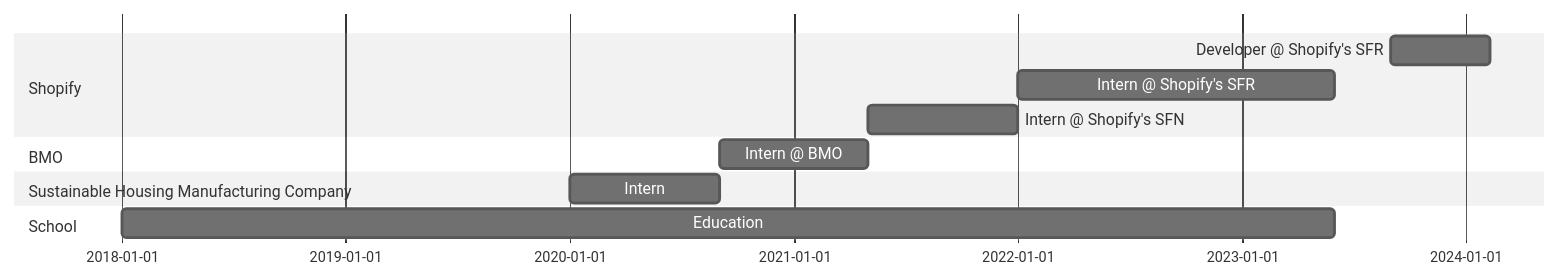
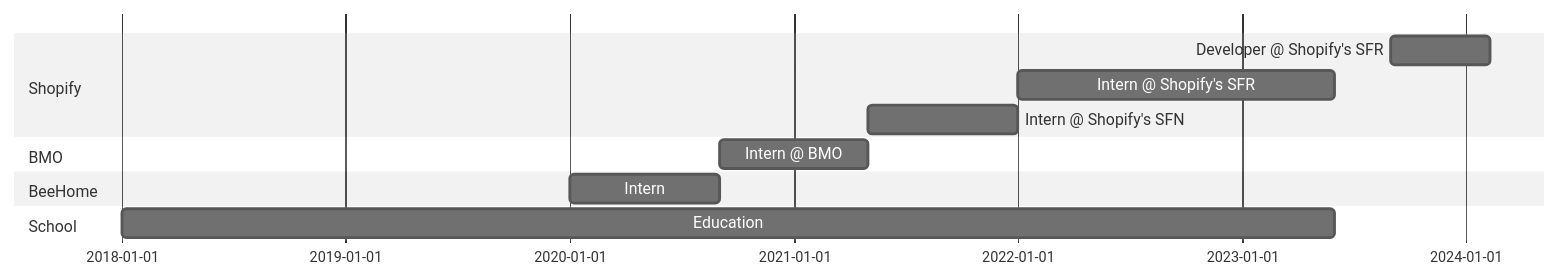
The diagram in README.md (trevor-clarke/trevor-clarke), drawn with Mermaid (neutral theme) before and after one commit. The commit also changed other lines of this file, not shown here.

````diff
--- a/README.md
+++ b/README.md
@@ -23,18 +20,18 @@
 ```mermaid
-gantt
-    dateFormat  YYYY-MM-DD
-
-    section Shopify
-    Developer @ Shopify's SFR :a1, 2023-09-01, 2024-02-09
-    Intern @ Shopify's SFR    :after a1, 2022-01-01, 2023-05-31
-    Intern @ Shopify's SFN :2021-05-01, 2021-12-31
-
-    section BMO
-    Intern @ BMO    :2020-09-01, 2021-04-30
-
-    section Sustainable Housing Manufacturing Company
-    Intern    :2020-01-01, 2020-08-31
-
-    section School
-    Education :2018-01-01, 2023-05-31
+    gantt
+        dateFormat  YYYY-MM-DD
+    
+        section Shopify
+        Developer @ Shopify's SFR :a1, 2023-09-01, 2024-02-09
+        Intern @ Shopify's SFR    :after a1, 2022-01-01, 2023-05-31
+        Intern @ Shopify's SFN :2021-05-01, 2021-12-31
+    
+        section BMO
+        Intern @ BMO    :2020-09-01, 2021-04-30
+    
+        section BeeHome
+        Intern    :2020-01-01, 2020-08-31
+    
+        section School
+        Education :2018-01-01, 2023-05-31
 ```
````
